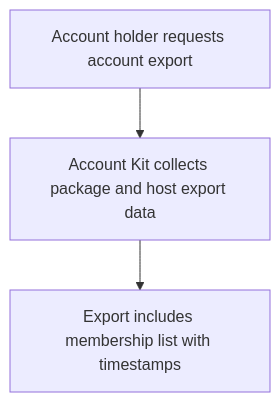
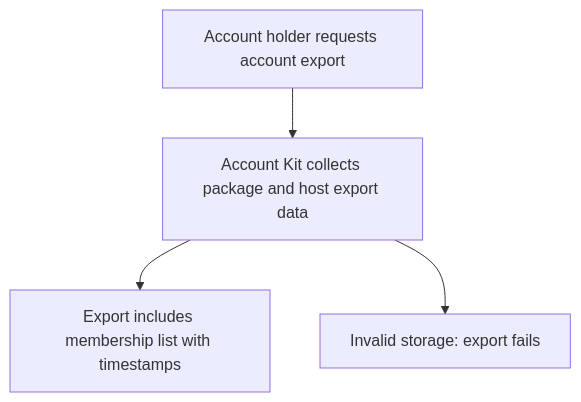
Before and after one commit to Kevinjohn/oss-adonisjs-access-control: the first of 2 diagrams in user-stories/US-ACCESS-13-integrate-account-lifecycle.md, drawn with Mermaid. The commit also changed other lines of this file and 31 other files, not shown here.

````diff
--- a/user-stories/US-ACCESS-13-integrate-account-lifecycle.md
+++ b/user-stories/US-ACCESS-13-integrate-account-lifecycle.md
@@ -19,5 +21,6 @@
 ```mermaid
 flowchart TD
     A["Account holder requests account export"] --> B["Account Kit collects package and host export data"]
     B --> C["Export includes membership list with timestamps"]
+    B --> X["Invalid storage: export fails"]
 ```
````
